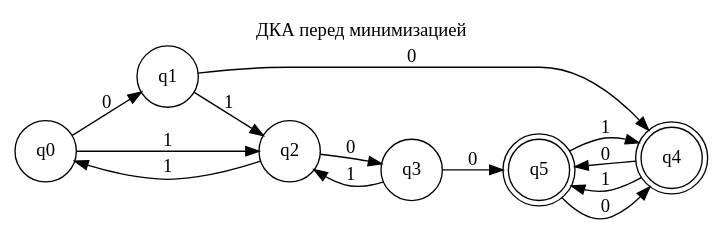
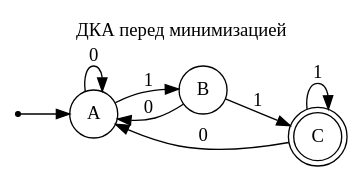
One commit to GhostManSSR/Vyz_study changed the diagram in NKAminimizationDKA/app/graphs/дка_перед_минимизацией.dot. Above: the diagram before and after it, drawn with Graphviz. The commit also changed 14 other files, not shown here.

```diff
--- a/NKAminimizationDKA/app/graphs/дка_перед_минимизацией.dot
+++ b/NKAminimizationDKA/app/graphs/дка_перед_минимизацией.dot
@@ -1,23 +1,16 @@
 digraph Automaton {
     rankdir=LR;
     graph [label="ДКА перед минимизацией", labelloc=t];
     node [shape=circle];
-    "q0" [label="q0"];
-    "q1" [label="q1"];
-    "q2" [label="q2"];
-    "q3" [label="q3"];
-    "q4" [label="q4", shape=doublecircle];
-    "q5" [label="q5", shape=doublecircle];
-    "q0" -> "q1" [label="0"];
-    "q0" -> "q2" [label="1"];
-    "q1" -> "q4" [label="0"];
-    "q1" -> "q2" [label="1"];
-    "q2" -> "q3" [label="0"];
-    "q2" -> "q0" [label="1"];
-    "q3" -> "q5" [label="0"];
-    "q3" -> "q2" [label="1"];
-    "q4" -> "q5" [label="0"];
-    "q4" -> "q5" [label="1"];
-    "q5" -> "q4" [label="0"];
-    "q5" -> "q4" [label="1"];
+    "__start" [shape=point, label=""];
+    "__start" -> "A";
+    "A" [label="A"];
+    "B" [label="B"];
+    "C" [label="C", shape=doublecircle];
+    "A" -> "A" [label="0"];
+    "A" -> "B" [label="1"];
+    "B" -> "A" [label="0"];
+    "B" -> "C" [label="1"];
+    "C" -> "A" [label="0"];
+    "C" -> "C" [label="1"];
 }
```
